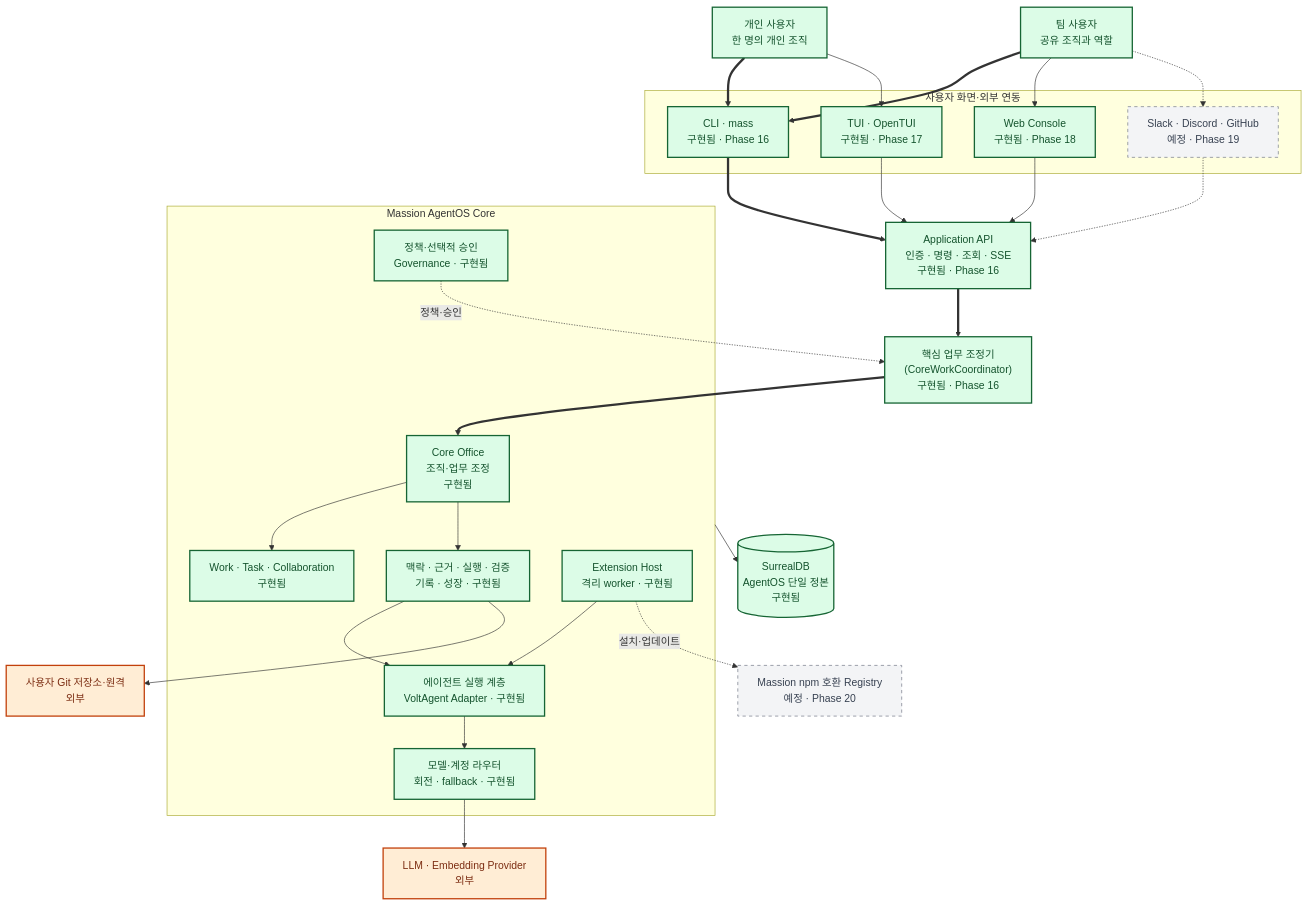
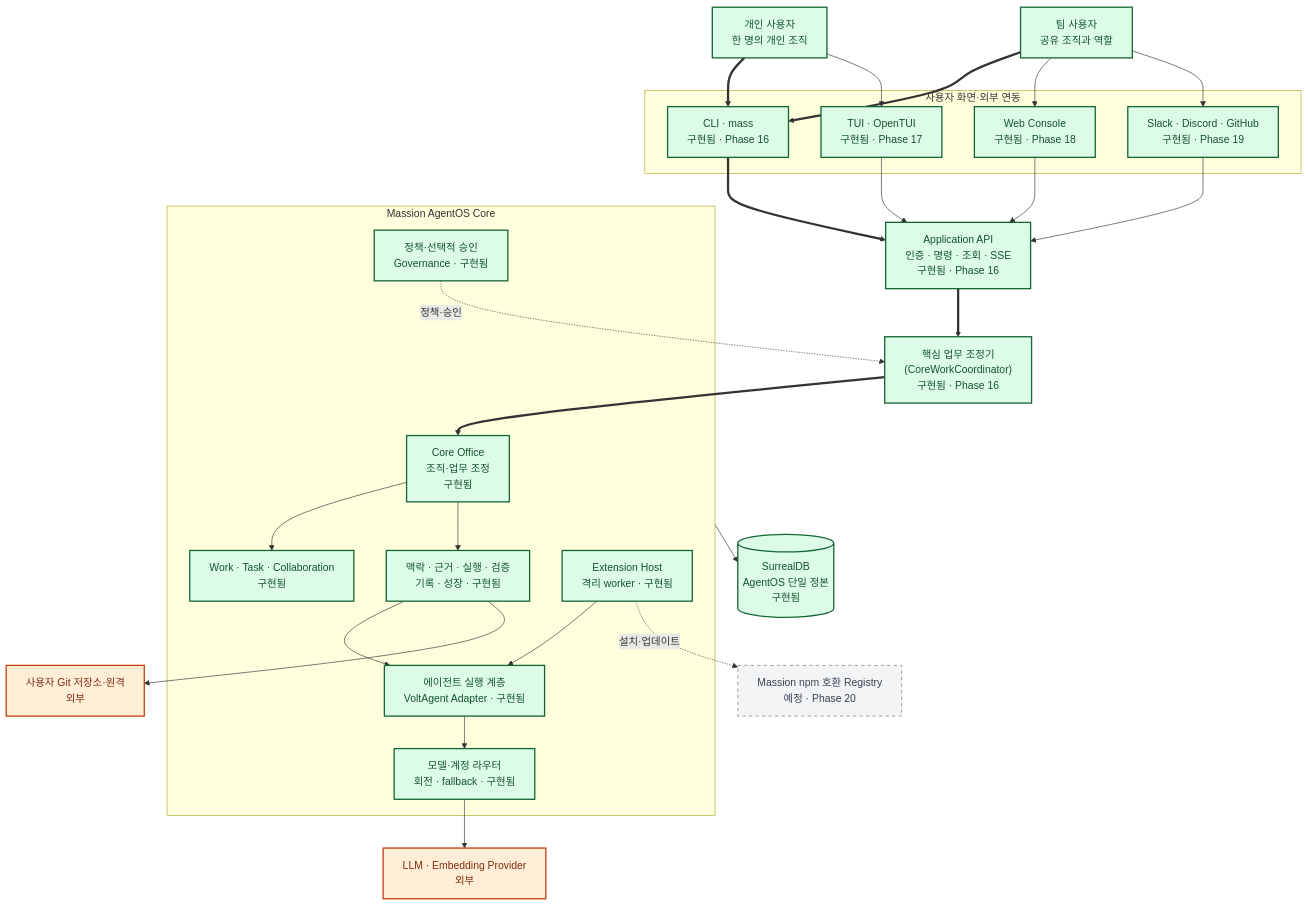
One commit to jabdori/massion changed the first of 10 diagrams in docs/architecture/README.md. Above: the diagram before and after it, drawn with Mermaid. The commit also changed other lines of this file, not shown here.

Commit message:
docs(phase-19): record official integrations review

````diff
--- a/docs/architecture/README.md
+++ b/docs/architecture/README.md
@@ -30,57 +30,57 @@
 ```mermaid
 flowchart TB
   classDef implemented fill:#dcfce7,stroke:#166534,color:#14532d,stroke-width:2px;
   classDef implementing fill:#dbeafe,stroke:#1d4ed8,color:#1e3a8a,stroke-width:3px;
   classDef planned fill:#f3f4f6,stroke:#6b7280,color:#374151,stroke-width:1px,stroke-dasharray:5 5;
   classDef external fill:#ffedd5,stroke:#c2410c,color:#7c2d12,stroke-width:2px;
 
   Person["개인 사용자<br/>한 명의 개인 조직"]:::implemented
   Team["팀 사용자<br/>공유 조직과 역할"]:::implemented
 
   subgraph Surfaces["사용자 화면·외부 연동"]
     CLI["CLI · mass<br/>구현됨 · Phase 16"]:::implemented
     TUI["TUI · OpenTUI<br/>구현됨 · Phase 17"]:::implemented
     Web["Web Console<br/>구현됨 · Phase 18"]:::implemented
-    Channels["Slack · Discord · GitHub<br/>예정 · Phase 19"]:::planned
+    Channels["Slack · Discord · GitHub<br/>구현됨 · Phase 19"]:::implemented
   end
 
   API["Application API<br/>인증 · 명령 · 조회 · SSE<br/>구현됨 · Phase 16"]:::implemented
   Coordinator["핵심 업무 조정기<br/>(CoreWorkCoordinator)<br/>구현됨 · Phase 16"]:::implemented
 
   subgraph AgentOS["Massion AgentOS Core"]
     Office["Core Office<br/>조직·업무 조정<br/>구현됨"]:::implemented
     Work["Work · Task · Collaboration<br/>구현됨"]:::implemented
     Governance["정책·선택적 승인<br/>Governance · 구현됨"]:::implemented
     Intelligence["맥락 · 근거 · 실행 · 검증<br/>기록 · 성장 · 구현됨"]:::implemented
     Runtime["에이전트 실행 계층<br/>VoltAgent Adapter · 구현됨"]:::implemented
     Router["모델·계정 라우터<br/>회전 · fallback · 구현됨"]:::implemented
     ExtHost["Extension Host<br/>격리 worker · 구현됨"]:::implemented
   end
 
   DB[("SurrealDB<br/>AgentOS 단일 정본<br/>구현됨")]:::implemented
   Registry["Massion npm 호환 Registry<br/>예정 · Phase 20"]:::planned
   Providers["LLM · Embedding Provider<br/>외부"]:::external
   Git["사용자 Git 저장소·원격<br/>외부"]:::external
 
   Person ==> CLI
   Team ==> CLI
   Person --> TUI
   Team --> Web
-  Team -.-> Channels
+  Team --> Channels
   CLI ==> API
   TUI --> API
   Web --> API
-  Channels -.-> API
+  Channels --> API
   API ==> Coordinator
   Coordinator ==> Office
   Office --> Work
   Governance -. "정책·승인" .-> Coordinator
   Office --> Intelligence
   Intelligence --> Runtime
   Runtime --> Router
   ExtHost --> Runtime
   AgentOS --> DB
   Router --> Providers
   ExtHost -. "설치·업데이트" .-> Registry
   Intelligence --> Git
 ```
````
